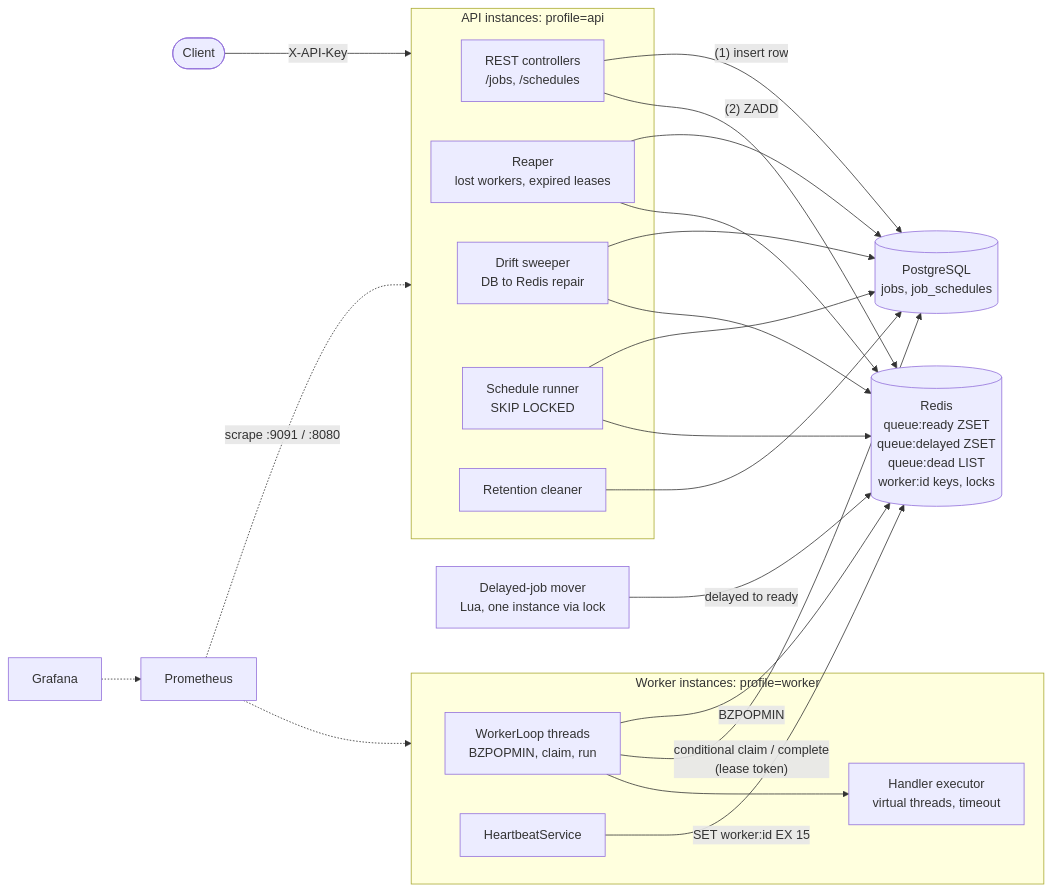
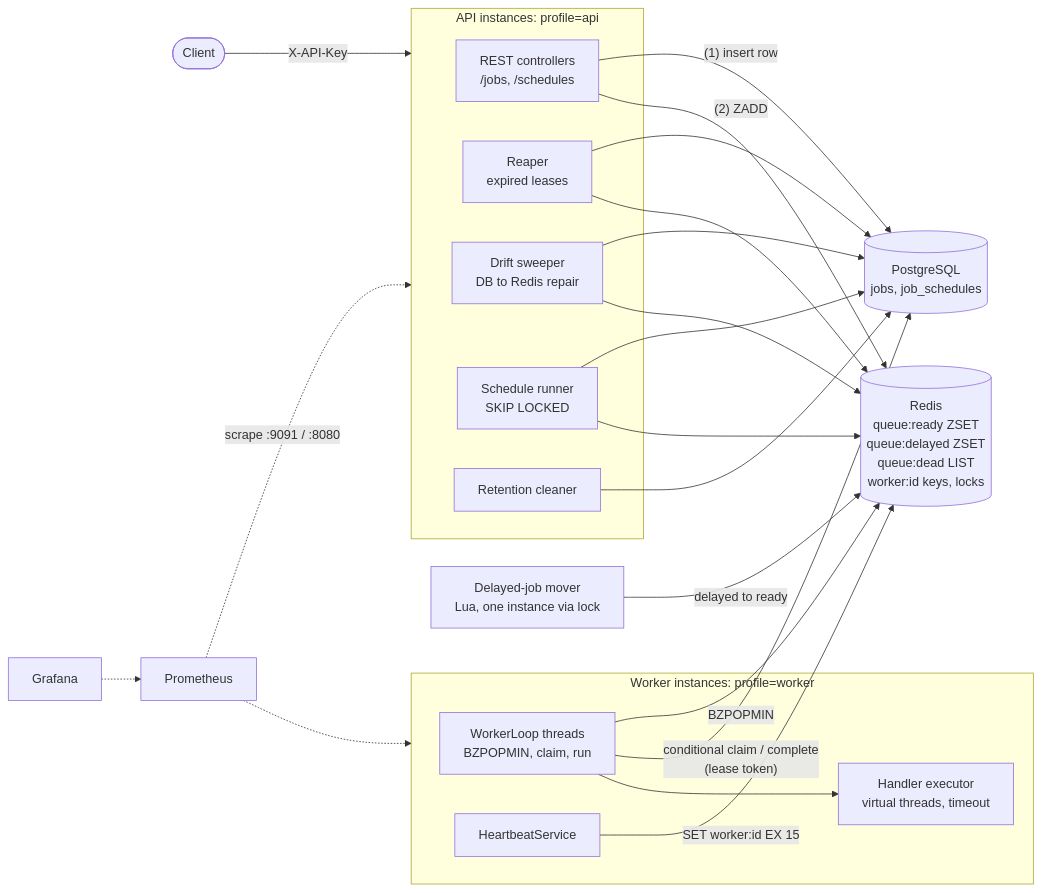
One commit to SanviShan25/distributed-job-scheduler changed the first of 2 diagrams in README.md. Above: the diagram before and after it, drawn with Mermaid. The commit also changed other lines of this file and 13 other files, not shown here.

````diff
--- a/README.md
+++ b/README.md
@@ -35,42 +35,42 @@
 ```mermaid
 flowchart LR
     client([Client]) -- "X-API-Key" --> api
 
     subgraph api [API instances: profile=api]
         ctrl[REST controllers<br/>/jobs, /schedules]
-        reaper[Reaper<br/>lost workers, expired leases]
+        reaper[Reaper<br/>expired leases]
         sweeper[Drift sweeper<br/>DB to Redis repair]
         sched[Schedule runner<br/>SKIP LOCKED]
         ret[Retention cleaner]
     end
 
     subgraph workers [Worker instances: profile=worker]
         loop[WorkerLoop threads<br/>BZPOPMIN, claim, run]
         hb[HeartbeatService]
         exec[Handler executor<br/>virtual threads, timeout]
     end
 
     mover[Delayed-job mover<br/>Lua, one instance via lock]
 
     pg[(PostgreSQL<br/>jobs, job_schedules)]
     redis[(Redis<br/>queue:ready ZSET<br/>queue:delayed ZSET<br/>queue:dead LIST<br/>worker:id keys, locks)]
 
     ctrl -- "(1) insert row" --> pg
     ctrl -- "(2) ZADD" --> redis
     sched --> pg
     sched --> redis
     loop -- "BZPOPMIN" --> redis
     loop -- "conditional claim / complete<br/>(lease token)" --> pg
     loop --> exec
     hb -- "SET worker:id EX 15" --> redis
     mover -- "delayed to ready" --> redis
     reaper --> pg
     reaper --> redis
     sweeper --> pg
     sweeper --> redis
     ret --> pg
 
     prom[Prometheus] -. "scrape :9091 / :8080" .-> api
     prom -.-> workers
     graf[Grafana] -.-> prom
 ```
````
